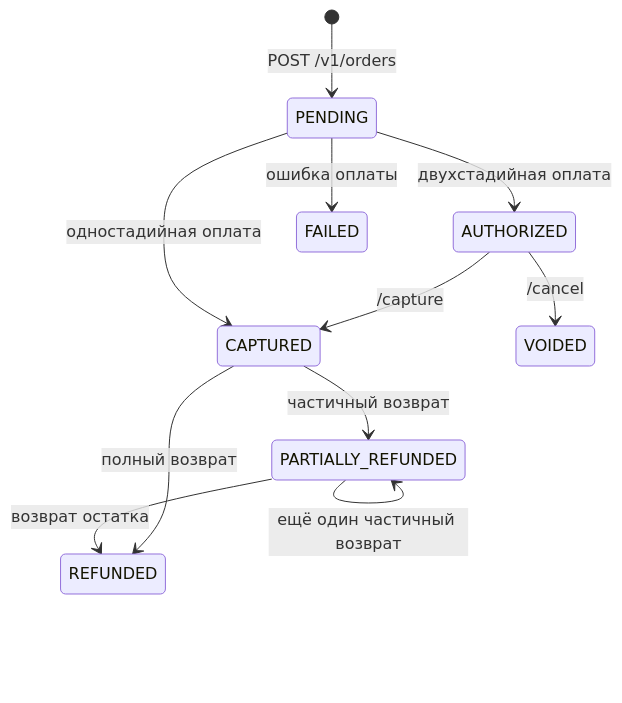
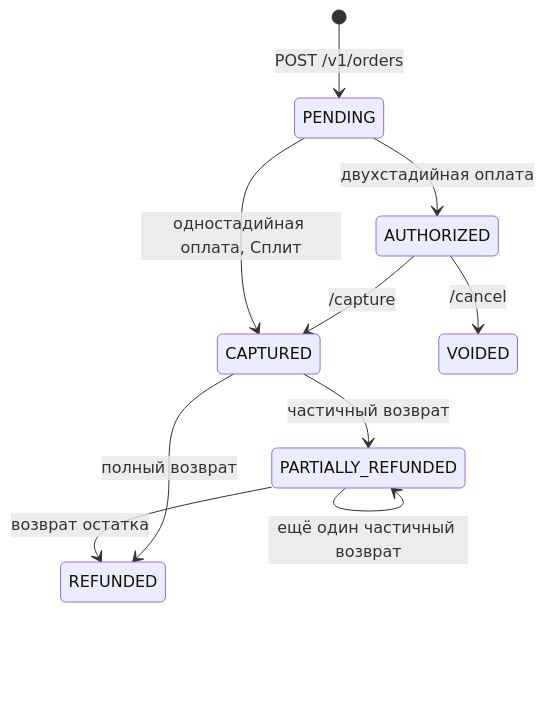
Before and after one commit to flavrinets-hash/yandex-pay-split-docs: the diagram in docs/reference/statuses.md, drawn with Mermaid. The commit also changed other lines of this file and 13 other files, not shown here.

````diff
--- a/docs/reference/statuses.md
+++ b/docs/reference/statuses.md
@@ -22,13 +35,12 @@
 ```mermaid
 stateDiagram-v2
     [*] --> PENDING: POST /v1/orders
-    PENDING --> CAPTURED: одностадийная оплата
+    PENDING --> CAPTURED: одностадийная оплата, Сплит
     PENDING --> AUTHORIZED: двухстадийная оплата
     AUTHORIZED --> CAPTURED: /capture
     AUTHORIZED --> VOIDED: /cancel
-    PENDING --> FAILED: ошибка оплаты
     CAPTURED --> PARTIALLY_REFUNDED: частичный возврат
     PARTIALLY_REFUNDED --> PARTIALLY_REFUNDED: ещё один частичный возврат
     PARTIALLY_REFUNDED --> REFUNDED: возврат остатка
     CAPTURED --> REFUNDED: полный возврат
 ```
````
